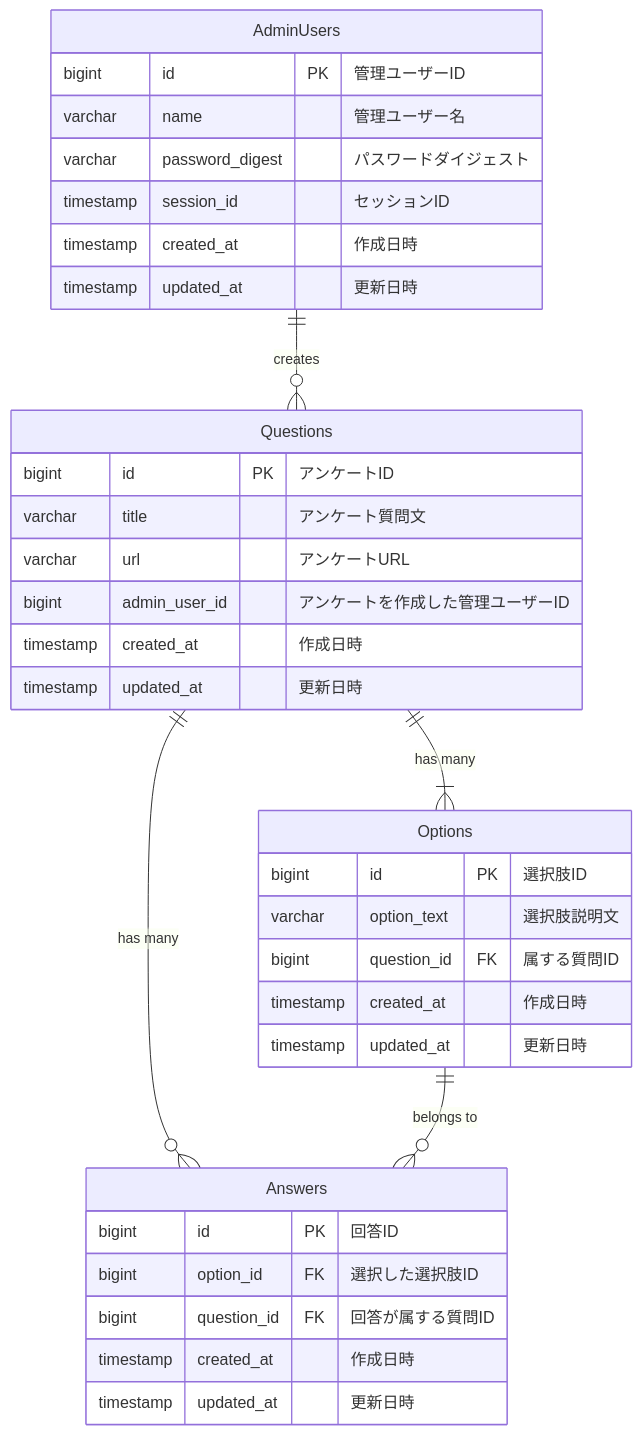
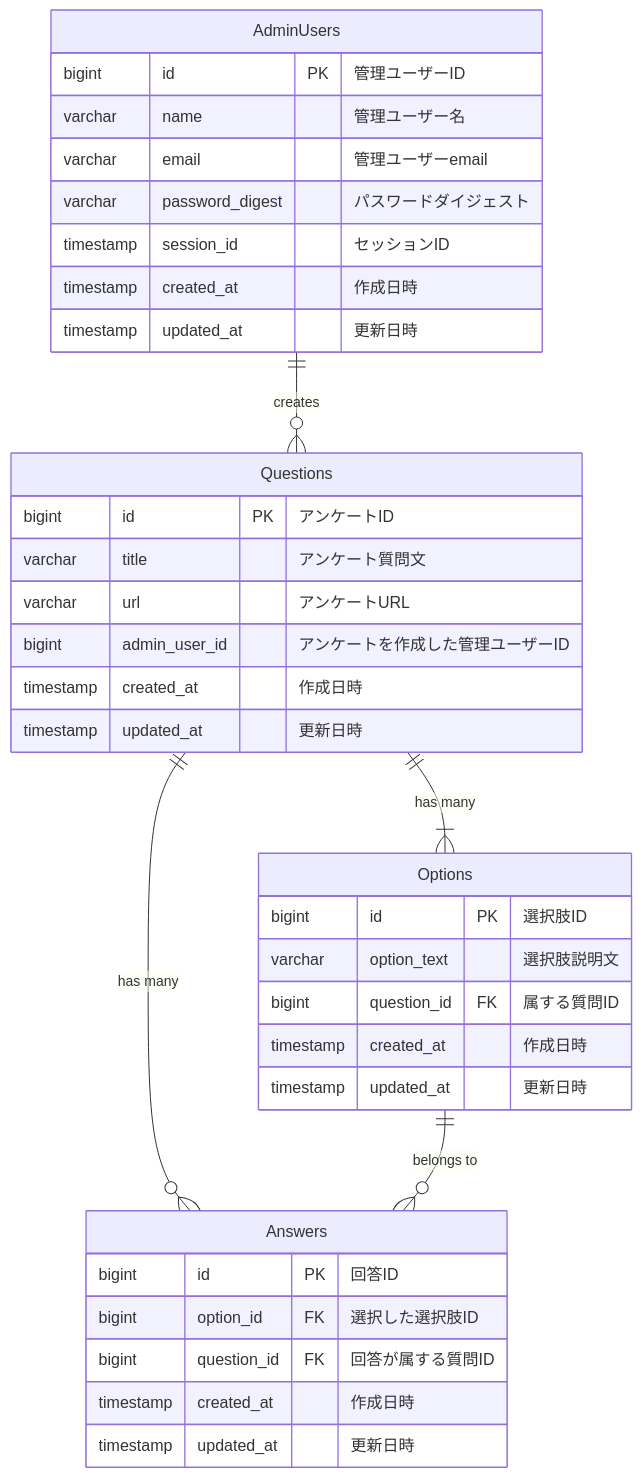
Before and after one commit to yamatowani/questionnaire-system: the diagram in README.md, drawn with Mermaid. The commit also changed 2 other files, not shown here.

Commit message:
update: add email to adminusers

````diff
--- a/README.md
+++ b/README.md
@@ -23,43 +23,44 @@
 ```mermaid
 erDiagram
 
     AdminUsers {
         bigint id PK "管理ユーザーID"
         varchar name "管理ユーザー名"
+        varchar email "管理ユーザーemail"
         varchar password_digest "パスワードダイジェスト"
         timestamp session_id "セッションID"
         timestamp created_at "作成日時"
         timestamp updated_at "更新日時"
     }
 
     Questions {
         bigint id PK "アンケートID"
         varchar title "アンケート質問文"
         varchar url "アンケートURL"
         bigint admin_user_id "アンケートを作成した管理ユーザーID"
         timestamp created_at "作成日時"
         timestamp updated_at "更新日時"
     }
 
     Options {
         bigint id PK "選択肢ID"
         varchar option_text "選択肢説明文"
         bigint question_id FK "属する質問ID"
         timestamp created_at "作成日時"
         timestamp updated_at "更新日時"
     }
 
     Answers {
         bigint id PK "回答ID"
         bigint option_id FK "選択した選択肢ID"
         bigint question_id FK "回答が属する質問ID"
         timestamp created_at "作成日時"
         timestamp updated_at "更新日時"
     }
 
     %% リレーションシップ
     AdminUsers ||--o{ Questions : "creates"
     Questions ||--|{ Options : "has many"
     Questions ||--o{ Answers : "has many"
     Options ||--o{ Answers : "belongs to"
 ```
````
